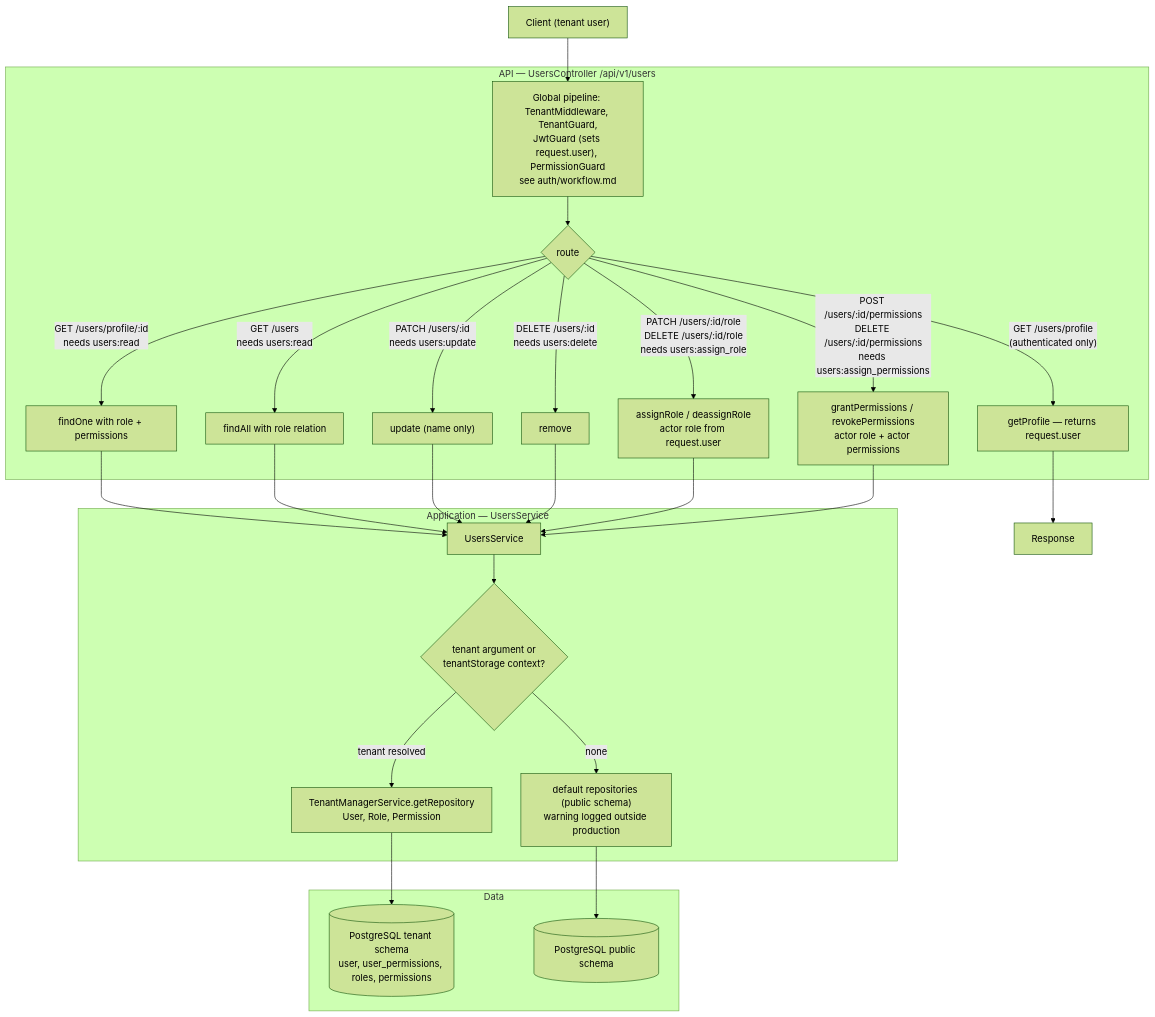
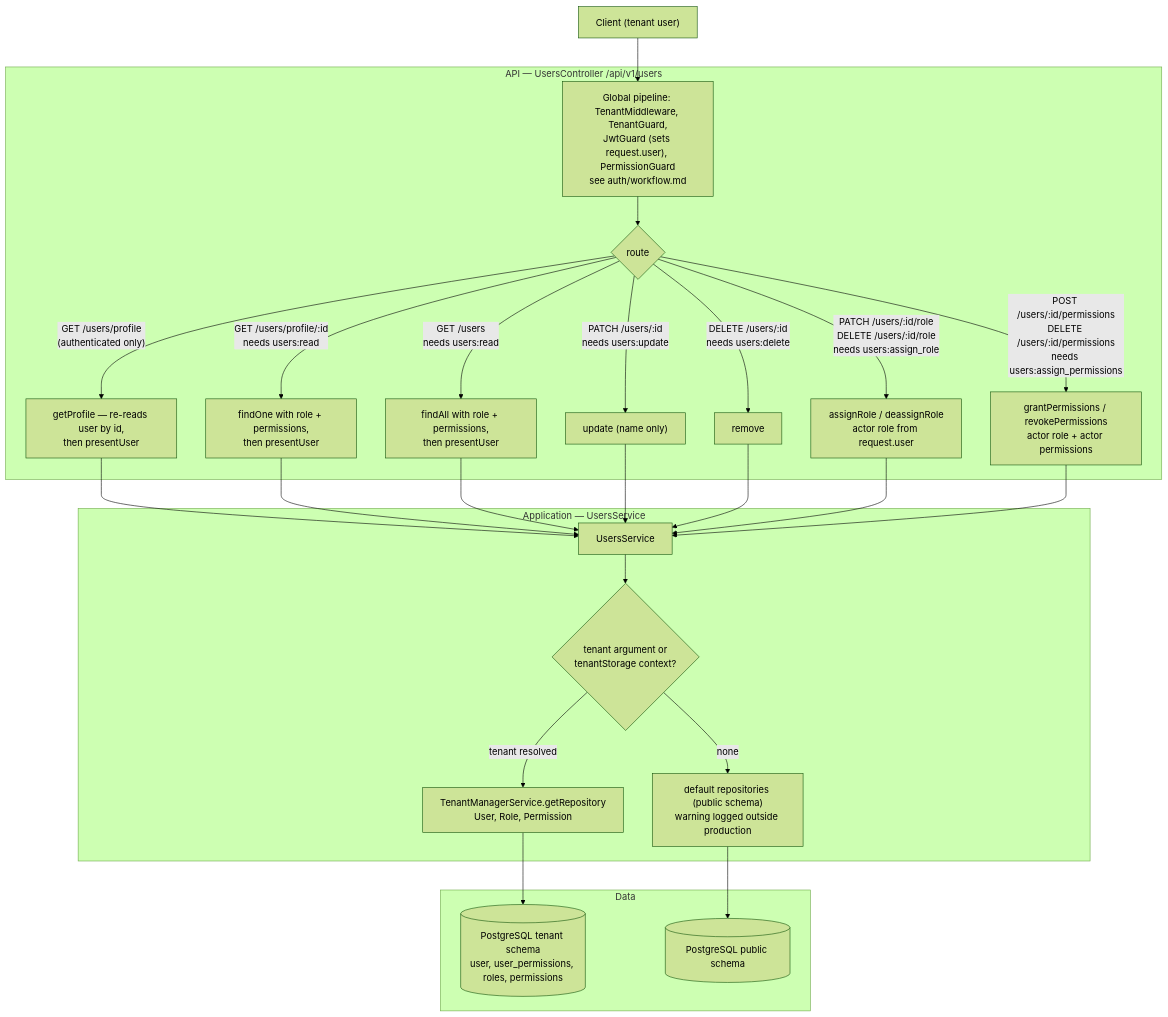
Before and after one commit to DevBassel/saas_commerce: the first of 5 diagrams in src/modules/users/workflow.md, drawn with Mermaid (forest theme). The commit also changed other lines of this file and 12 other files, not shown here.

Commit message:
fix: refactor RBAC and remove roles group and relation with perms, add perms on creating user basd on role

````diff
--- a/src/modules/users/workflow.md
+++ b/src/modules/users/workflow.md
@@ -1,34 +1,34 @@
 ```mermaid
 flowchart TD
     Client["Client (tenant user)"] --> GUARDS["Global pipeline: TenantMiddleware, TenantGuard,<br/>JwtGuard (sets request.user), PermissionGuard<br/>see auth/workflow.md"]
 
     subgraph API["API — UsersController /api/v1/users"]
         GUARDS --> RO{"route"}
-        RO -->|"GET /users/profile<br/>(authenticated only)"| PR["getProfile — returns request.user"]
-        RO -->|"GET /users/profile/:id<br/>needs users:read"| FO["findOne with role + permissions"]
-        RO -->|"GET /users<br/>needs users:read"| FA["findAll with role relation"]
+        RO -->|"GET /users/profile<br/>(authenticated only)"| PR["getProfile — re-reads user by id,<br/>then presentUser"]
+        RO -->|"GET /users/profile/:id<br/>needs users:read"| FO["findOne with role + permissions,<br/>then presentUser"]
+        RO -->|"GET /users<br/>needs users:read"| FA["findAll with role + permissions,<br/>then presentUser"]
         RO -->|"PATCH /users/:id<br/>needs users:update"| UP["update (name only)"]
         RO -->|"DELETE /users/:id<br/>needs users:delete"| RM["remove"]
         RO -->|"PATCH /users/:id/role<br/>DELETE /users/:id/role<br/>needs users:assign_role"| AR["assignRole / deassignRole<br/>actor role from request.user"]
         RO -->|"POST /users/:id/permissions<br/>DELETE /users/:id/permissions<br/>needs users:assign_permissions"| GP["grantPermissions / revokePermissions<br/>actor role + actor permissions"]
     end
 
-    PR --> RESP["Response"]
-    FO --> SVC["UsersService"]
+    PR --> SVC["UsersService"]
+    FO --> SVC
     FA --> SVC
     UP --> SVC
     RM --> SVC
     AR --> SVC
     GP --> SVC
 
     subgraph APP["Application — UsersService"]
         SVC --> TRT{"tenant argument or<br/>tenantStorage context?"}
         TRT -->|"tenant resolved"| TM["TenantManagerService.getRepository<br/>User, Role, Permission"]
         TRT -->|"none"| DEF["default repositories (public schema)<br/>warning logged outside production"]
     end
 
     subgraph DATA["Data"]
         TM --> TDB[("PostgreSQL tenant schema<br/>user, user_permissions, roles, permissions")]
         DEF --> PDB[("PostgreSQL public schema")]
     end
 ```
````
